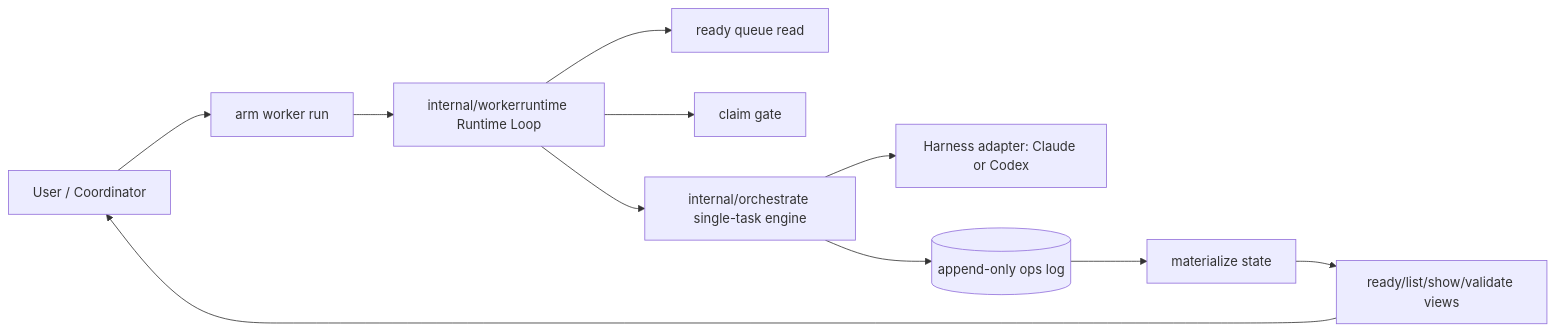
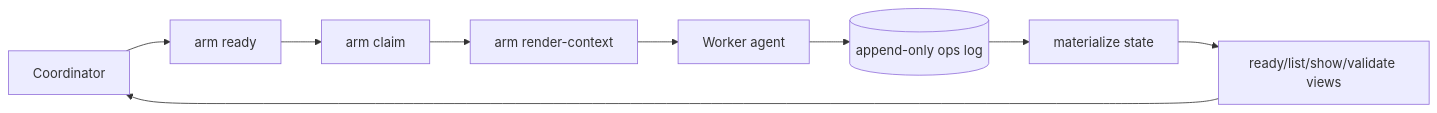
One commit to scullxbones/armature changed the first of 2 diagrams in README.md. Above: the diagram before and after it, drawn with Mermaid. The commit also changed other lines of this file and 39 other files, not shown here.

````diff
--- a/README.md
+++ b/README.md
@@ -33,13 +33,11 @@
 ```mermaid
 flowchart LR
-    U[User / Coordinator] --> C[arm worker run]
-    C --> R[internal/workerruntime Runtime Loop]
-    R --> Q[ready queue read]
-    R --> CL[claim gate]
-    R --> O[internal/orchestrate single-task engine]
-    O --> H[Harness adapter: Claude or Codex]
-    O --> OP[(append-only ops log)]
+    U[Coordinator] --> R[arm ready]
+    R --> CL[arm claim]
+    CL --> CTX[arm render-context]
+    CTX --> W[Worker agent]
+    W --> OP[(append-only ops log)]
     OP --> M[materialize state]
     M --> V[ready/list/show/validate views]
     V --> U
 ```
````
